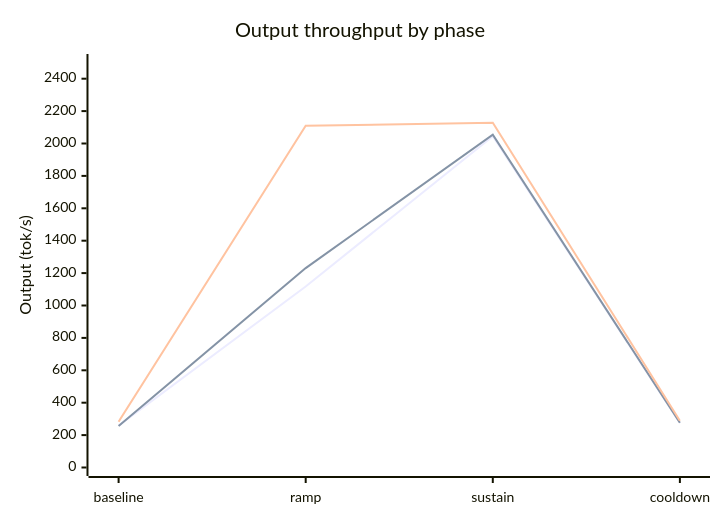
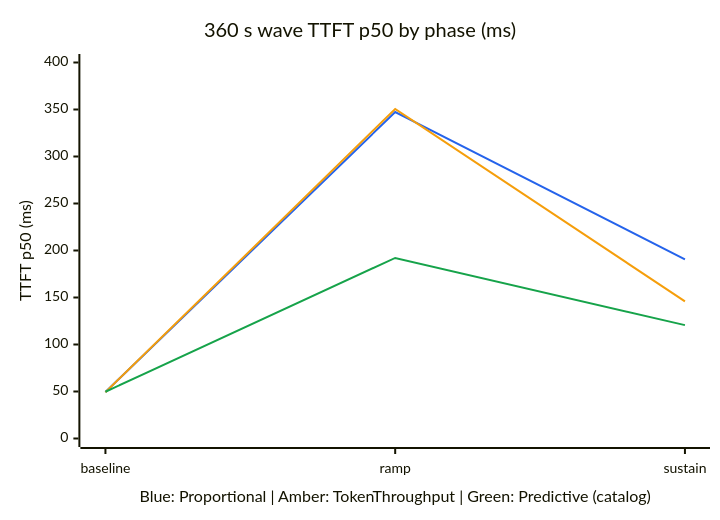
Before and after one commit to gpustack/gpustack-operator: the ninth of 9 diagrams in docs/modules/model-deployment/scaling-benchmark.md, drawn with Mermaid. The commit also changed other lines of this file and 106 other files, not shown here.

````diff
--- a/docs/modules/model-deployment/scaling-benchmark.md
+++ b/docs/modules/model-deployment/scaling-benchmark.md
@@ -185,9 +414,10 @@
 ```mermaid
+%%{init: {"themeVariables": {"xyChart": {"plotColorPalette": "#2563eb, #f59e0b, #16a34a"}}}}%%
 xychart-beta
-    title "Output throughput by phase"
-    x-axis ["baseline", "ramp", "sustain", "cooldown"]
-    y-axis "Output (tok/s)" 0 --> 2500
-    line [258.325, 1117.481, 2044.782, 274.402]
-    line [256.117, 1230.879, 2054.687, 276.51]
-    line [282.371, 2109.251, 2128.27, 288.484]
+    title "360 s wave TTFT p50 by phase (ms)"
+    x-axis "Blue: Proportional | Amber: TokenThroughput | Green: Predictive (catalog)" ["baseline", "ramp", "sustain"]
+    y-axis "TTFT p50 (ms)" 0 --> 400
+    line "Proportional" [49.439, 347.282, 190.555]
+    line "TokenThroughput" [49.263, 350.591, 145.939]
+    line "Predictive (catalog)" [49.742, 192.093, 120.59]
 ```
````
